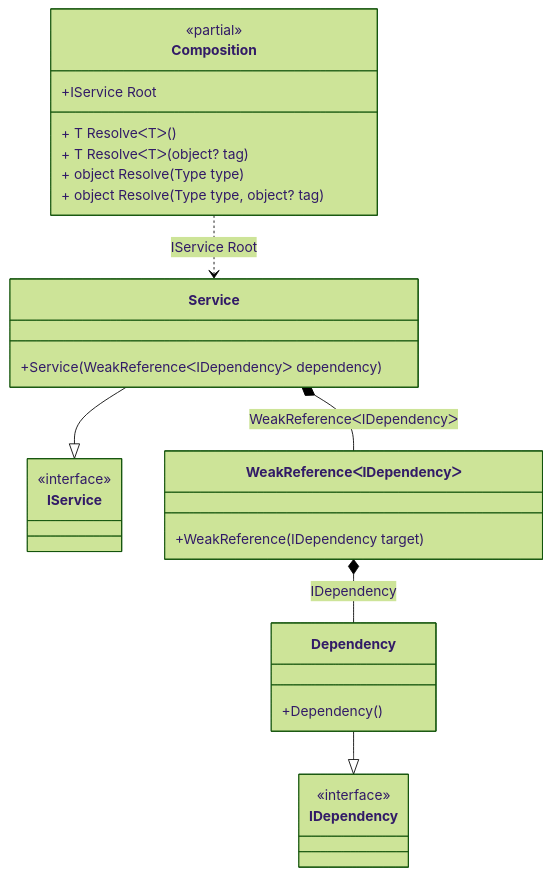
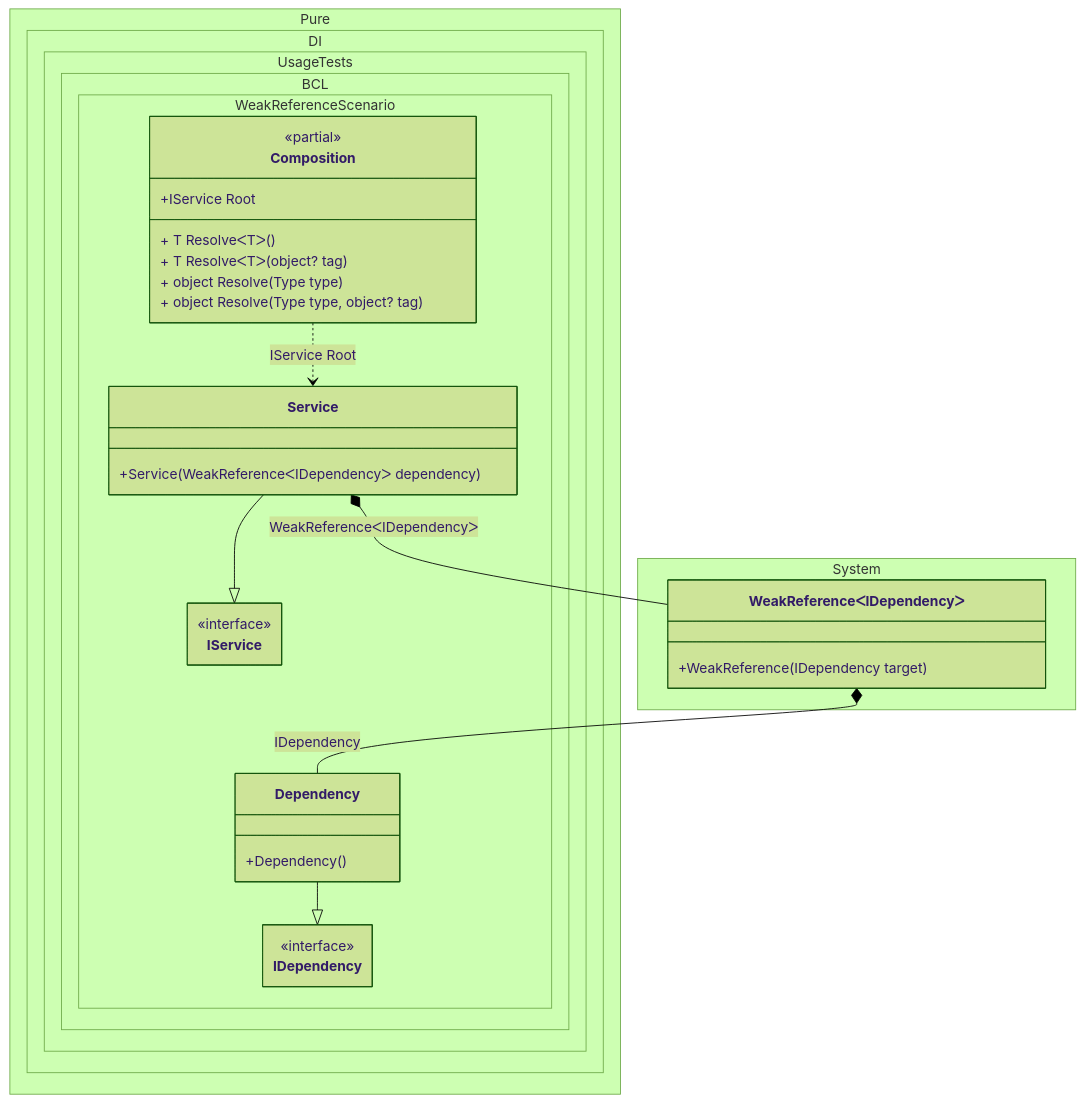
The diagram in readme/weak-reference.md (DevTeam/Pure.DI), drawn with Mermaid (forest theme) before and after one commit. The commit also changed 103 other files, not shown here.

Commit message:
Improved class diagrams

````diff
--- a/readme/weak-reference.md
+++ b/readme/weak-reference.md
@@ -177,31 +177,40 @@
 ```mermaid
+---
+ config:
+  class:
+   hideEmptyMembersBox: true
+---
 classDiagram
-	class Composition {
+	Service --|> IService
+	Dependency --|> IDependency
+	Composition ..> Service : IService Root
+	Service *--  WeakReferenceᐸIDependencyᐳ : WeakReferenceᐸIDependencyᐳ
+	WeakReferenceᐸIDependencyᐳ *--  Dependency : IDependency
+	namespace Pure.DI.UsageTests.BCL.WeakReferenceScenario {
+		class Composition {
 		<<partial>>
 		+IService Root
 		+ T ResolveᐸTᐳ()
 		+ T ResolveᐸTᐳ(object? tag)
 		+ object Resolve(Type type)
 		+ object Resolve(Type type, object? tag)
+		}
+		class Dependency {
+			+Dependency()
+		}
+		class IDependency {
+			<<interface>>
+		}
+		class IService {
+			<<interface>>
+		}
+		class Service {
+			+Service(WeakReferenceᐸIDependencyᐳ dependency)
+		}
 	}
-	Service --|> IService
-	class Service {
-		+Service(WeakReferenceᐸIDependencyᐳ dependency)
+	namespace System {
+		class WeakReferenceᐸIDependencyᐳ {
+			+WeakReference(IDependency target)
+		}
 	}
-	class WeakReferenceᐸIDependencyᐳ {
-		+WeakReference(IDependency target)
-	}
-	Dependency --|> IDependency
-	class Dependency {
-		+Dependency()
-	}
-	class IService {
-		<<interface>>
-	}
-	class IDependency {
-		<<interface>>
-	}
-	Composition ..> Service : IService Root
-	Service *--  WeakReferenceᐸIDependencyᐳ : WeakReferenceᐸIDependencyᐳ
-	WeakReferenceᐸIDependencyᐳ *--  Dependency : IDependency
 ```
````
